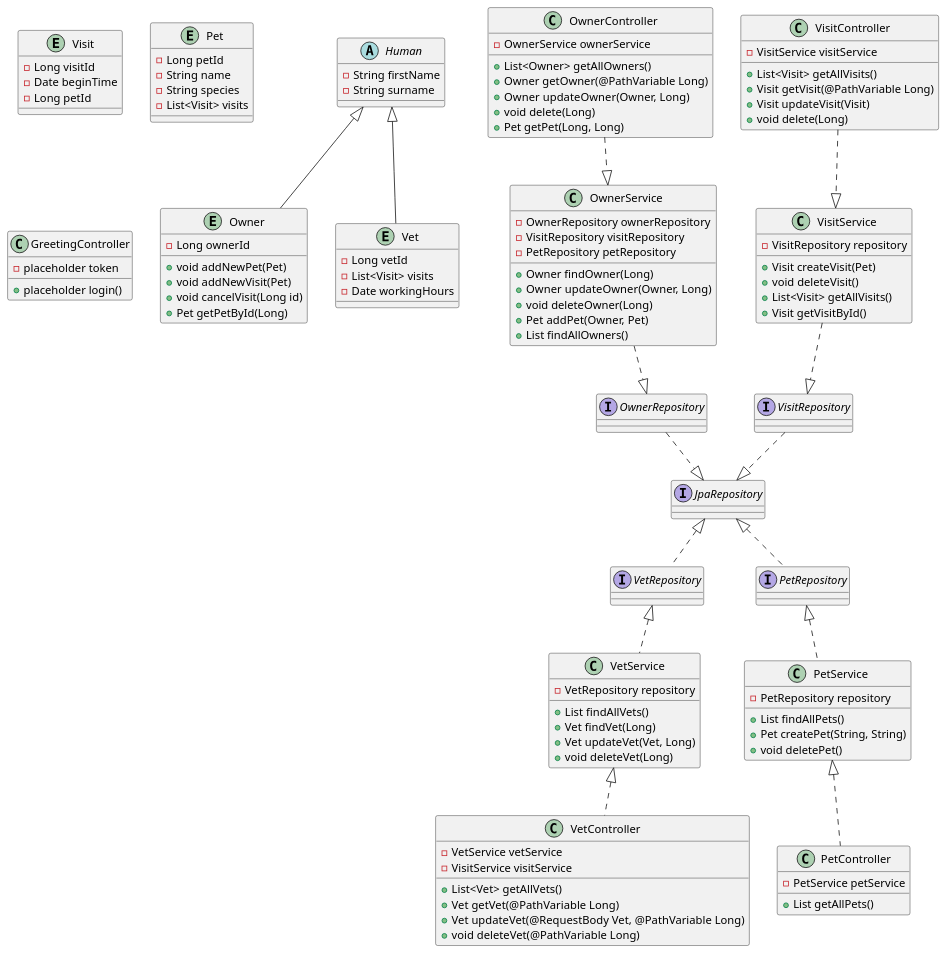
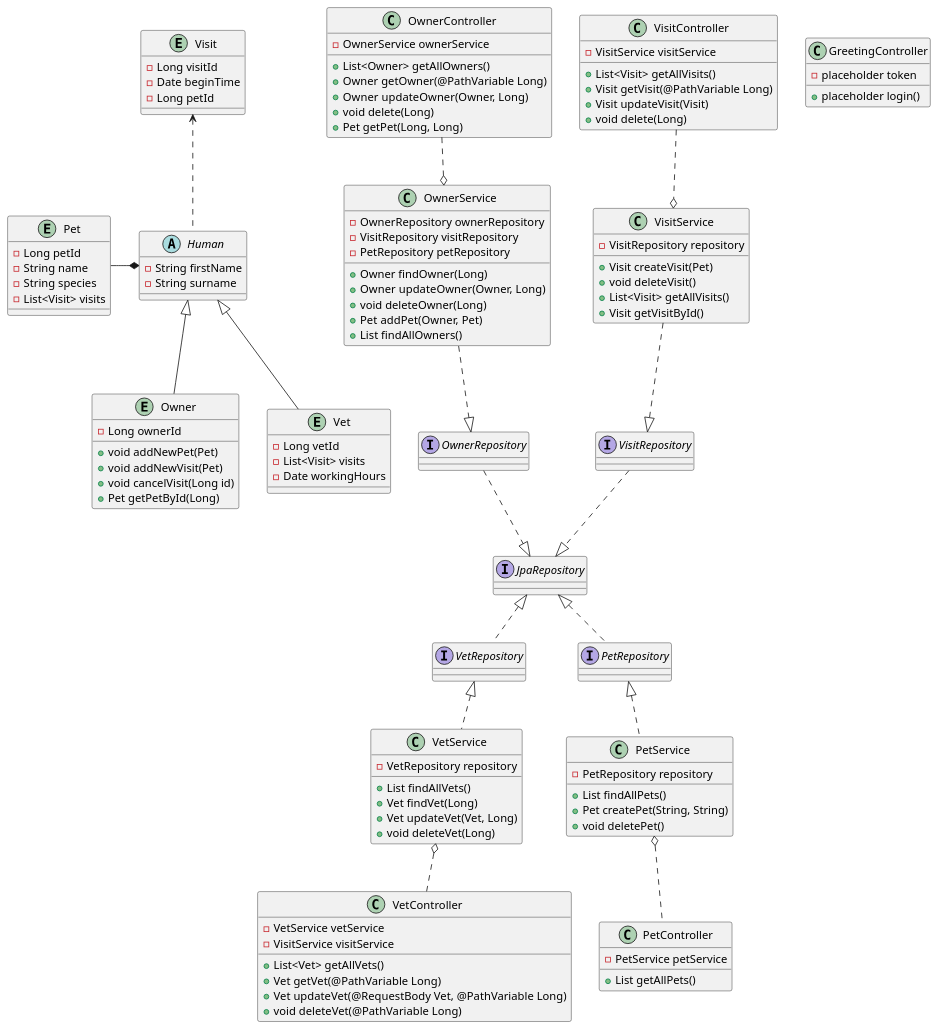
The diagram in petclinic.plantuml (Serionus/softwareEngineeringPetClinic), drawn with PlantUML before and after one commit. The commit also changed 1 other file, not shown here.

Commit message:
Usecase diagram probably finished, fixing errors in both diagrams after office hours' tips

```diff
--- a/petclinic.plantuml
+++ b/petclinic.plantuml
@@ -1,127 +1,130 @@
 @startuml PetClinic
 
 
 abstract Human{
     -String firstName
     -String surname
 }
 
 entity Owner extends Human {
     -Long ownerId
     +void addNewPet(Pet)
     +void addNewVisit(Pet)
     +void cancelVisit(Long id)
     +Pet getPetById(Long)
 }
 
 entity Vet extends Human {
     -Long vetId
     -List<Visit> visits
     -Date workingHours
 }
 
 entity Visit {
     -Long visitId
     -Date beginTime
     -Long petId
 }
 
 entity Pet {
     -Long petId
     -String name
     -String species
     -List<Visit> visits
 }
 
 interface VetRepository 
 interface PetRepository 
 interface OwnerRepository
 interface VisitRepository
 interface JpaRepository
 
 JpaRepository <|.. VetRepository
 JpaRepository <|.. PetRepository
 OwnerRepository ..|> JpaRepository
 VisitRepository ..|> JpaRepository
 
 PetRepository <|.. PetService
 VetRepository <|.. VetService
 OwnerService ..|> OwnerRepository
 VisitService ..|> VisitRepository
 
-PetService <|.. PetController
-VetService <|.. VetController
-OwnerController ..|> OwnerService
-VisitController ..|> VisitService
+PetService o.. PetController
+VetService o.. VetController
+OwnerController ..o OwnerService
+VisitController ..o VisitService
+
+Pet -* Human
+Visit <.. Human
 
 
 class OwnerService {
     -OwnerRepository ownerRepository
     -VisitRepository visitRepository
     -PetRepository petRepository
     +Owner findOwner(Long)
     +Owner updateOwner(Owner, Long)
     +void deleteOwner(Long)
     +Pet addPet(Owner, Pet)
     +List findAllOwners()
 }
 
 class PetService {
     -PetRepository repository
     +List findAllPets()
     +Pet createPet(String, String)
     +void deletePet()
 }
 
 class VetService {
     -VetRepository repository
     +List findAllVets()
     +Vet findVet(Long)
     +Vet updateVet(Vet, Long)
     +void deleteVet(Long)
 }
 
 class VisitService {
     -VisitRepository repository
     +Visit createVisit(Pet)
     +void deleteVisit()
     +List<Visit> getAllVisits()
     +Visit getVisitById()
 }
 
 class GreetingController {
     -placeholder token
     +placeholder login()
 }
 
 class OwnerController {
     -OwnerService ownerService
     +List<Owner> getAllOwners()
     +Owner getOwner(@PathVariable Long)
     +Owner updateOwner(Owner, Long)
     +void delete(Long)
     +Pet getPet(Long, Long)
 }
 
 class PetController {
     -PetService petService
     +List getAllPets()
 }
 
 class VisitController {
     -VisitService visitService
     +List<Visit> getAllVisits()
     +Visit getVisit(@PathVariable Long)
     +Visit updateVisit(Visit)
     +void delete(Long)
 }
 class VetController {
     -VetService vetService
     -VisitService visitService
     +List<Vet> getAllVets()
     +Vet getVet(@PathVariable Long)
     +Vet updateVet(@RequestBody Vet, @PathVariable Long)
     +void deleteVet(@PathVariable Long)
 }
 
 @enduml
```
